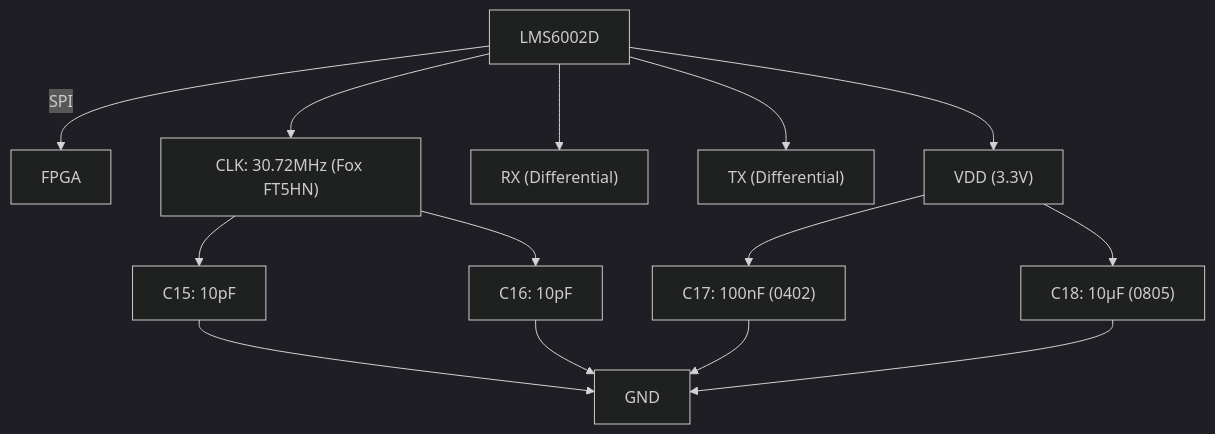
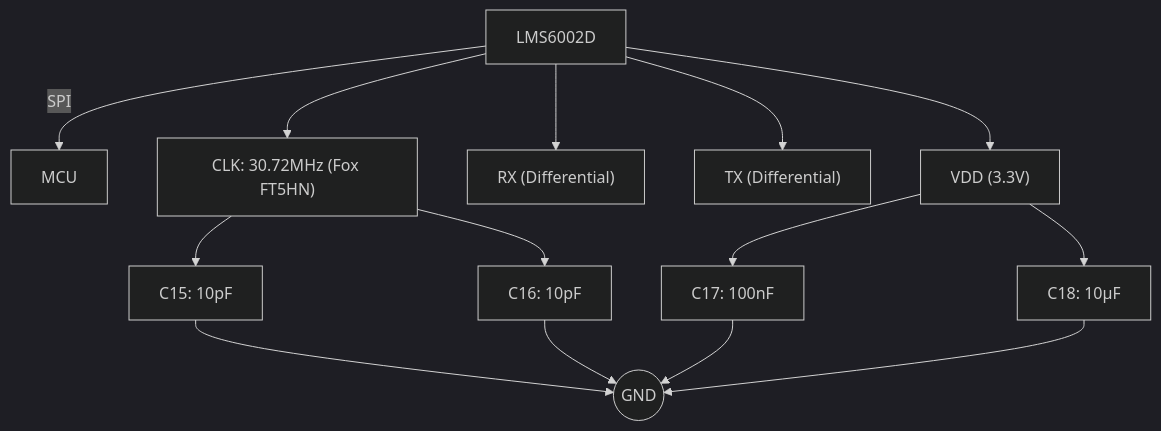
The diagram in Modulos/LMS6002D.mermaid (morteerror404/Goitaca-Hacker-HUB), drawn with Mermaid (dark theme) before and after one commit. The commit also changed 8 other files, not shown here.

```diff
--- a/Modulos/LMS6002D.mermaid
+++ b/Modulos/LMS6002D.mermaid
@@ -1,16 +1,17 @@
 graph TD
-    LMS6002D -->|SPI| FPGA
+    GND((GND))
+    LMS6002D -->|SPI| MCU
     LMS6002D --> CLK["CLK: 30.72MHz (Fox FT5HN)"]
     CLK --> C15["C15: 10pF"]
     CLK --> C16["C16: 10pF"]
     C15 --> GND
     C16 --> GND
-    
+
     LMS6002D --> RX["RX (Differential)"]
     LMS6002D --> TX["TX (Differential)"]
-    
+
     LMS6002D --> VDD["VDD (3.3V)"]
-    VDD --> C17["C17: 100nF (0402)"]
-    VDD --> C18["C18: 10µF (0805)"]
+    VDD --> C17["C17: 100nF"]
+    VDD --> C18["C18: 10µF"]
     C17 --> GND
     C18 --> GND
```
